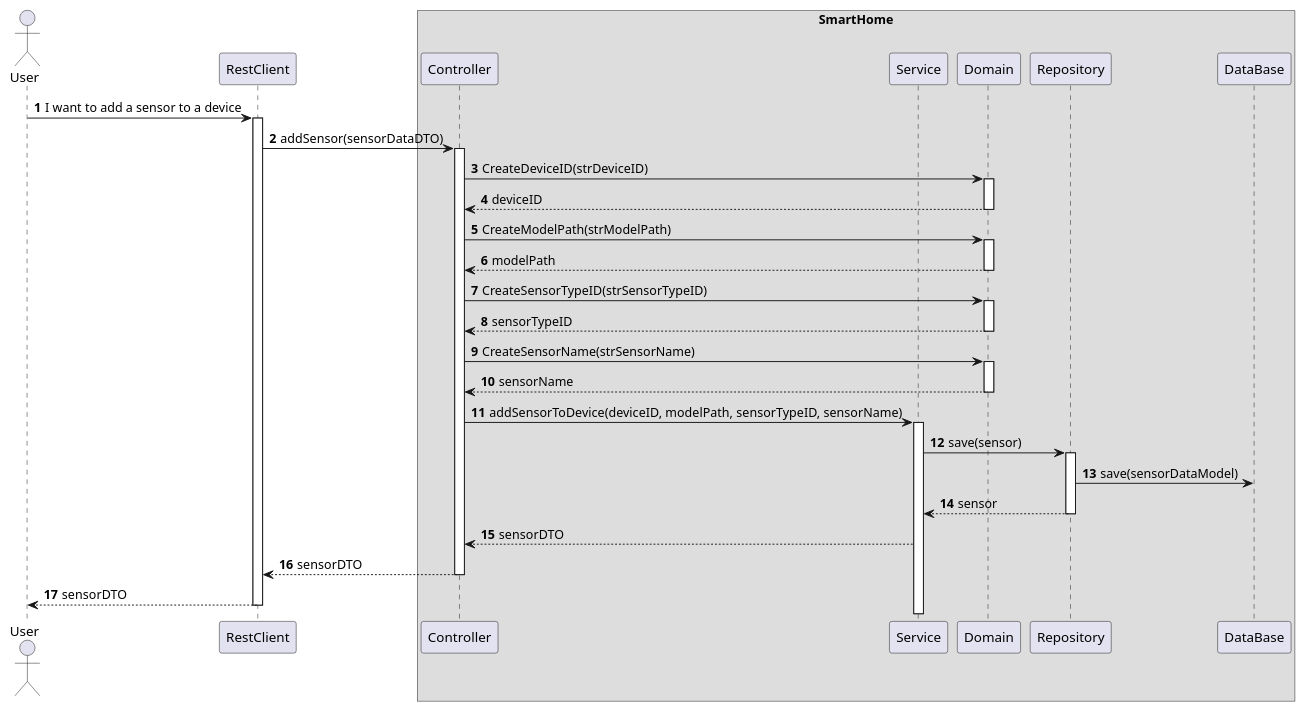
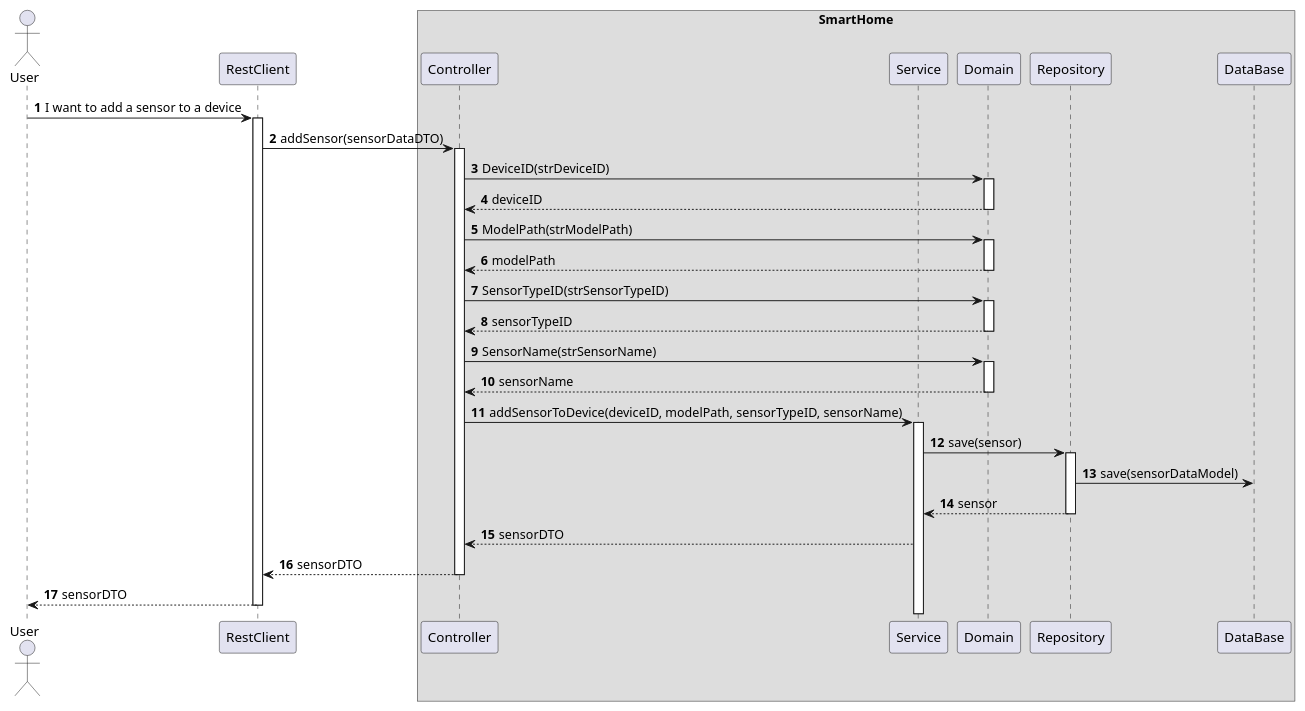
Before and after one commit to olivDiogo/SmartHome: the diagram in docs/ooa/C4_4plus1_models_v2/Level3/ProcessView/ProcessViewLevel3_UC07.puml, drawn with PlantUML. The commit also changed 7 other files, not shown here.

Commit message:
fix: fixed ProcessViewLevel3 diagrams #468

```diff
--- a/docs/ooa/C4_4plus1_models_v2/Level3/ProcessView/ProcessViewLevel3_UC07.puml
+++ b/docs/ooa/C4_4plus1_models_v2/Level3/ProcessView/ProcessViewLevel3_UC07.puml
@@ -1,68 +1,68 @@
 @startuml
 'https://plantuml.com/sequence-diagram
 !pragma layout smetana
 
 autonumber
 
 actor "User" as User
 participant "RestClient" as RC
 
 box "SmartHome"
     participant "Controller" as CTRL
     participant "Service" as SV
     participant "Domain" as DM
     participant "Repository" as RP
     participant "DataBase" as BD
 end box
 
 User -> RC : I want to add a sensor to a device
 activate RC
 
 RC -> CTRL : addSensor(sensorDataDTO)
 activate CTRL
 
-CTRL -> DM : CreateDeviceID(strDeviceID)
+CTRL -> DM : DeviceID(strDeviceID)
 activate DM
 
 DM --> CTRL : deviceID
 deactivate DM
 
-CTRL -> DM : CreateModelPath(strModelPath)
+CTRL -> DM : ModelPath(strModelPath)
 activate DM
 
 DM --> CTRL : modelPath
 deactivate DM
 
-CTRL -> DM : CreateSensorTypeID(strSensorTypeID)
+CTRL -> DM : SensorTypeID(strSensorTypeID)
 activate DM
 
 DM --> CTRL : sensorTypeID
 deactivate DM
 
-CTRL -> DM : CreateSensorName(strSensorName)
+CTRL -> DM : SensorName(strSensorName)
 activate DM
 
 DM --> CTRL : sensorName
 deactivate DM
 
 CTRL -> SV : addSensorToDevice(deviceID, modelPath, sensorTypeID, sensorName)
 activate SV
 
 SV -> RP : save(sensor)
 activate RP
 
 RP -> BD : save(sensorDataModel)
 
 RP --> SV : sensor
 deactivate RP
 
 SV --> CTRL : sensorDTO
 
 CTRL --> RC : sensorDTO
 deactivate CTRL
 
 RC --> User : sensorDTO
 deactivate RC
 
 
 @enduml
```
